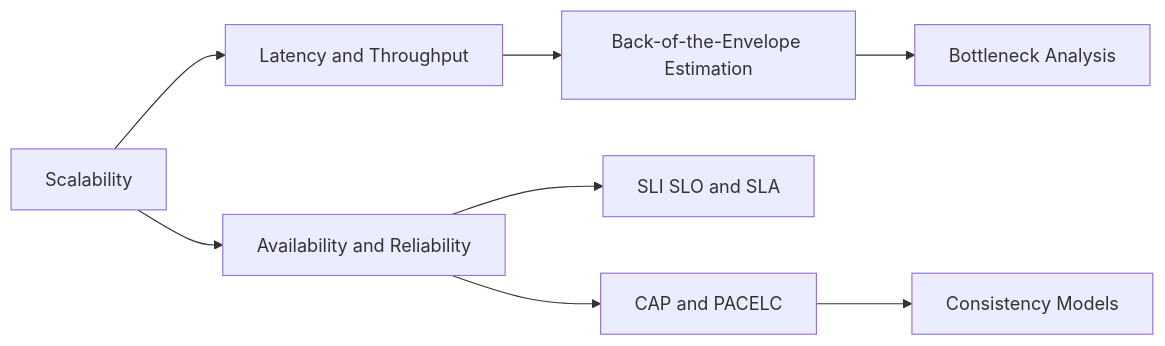
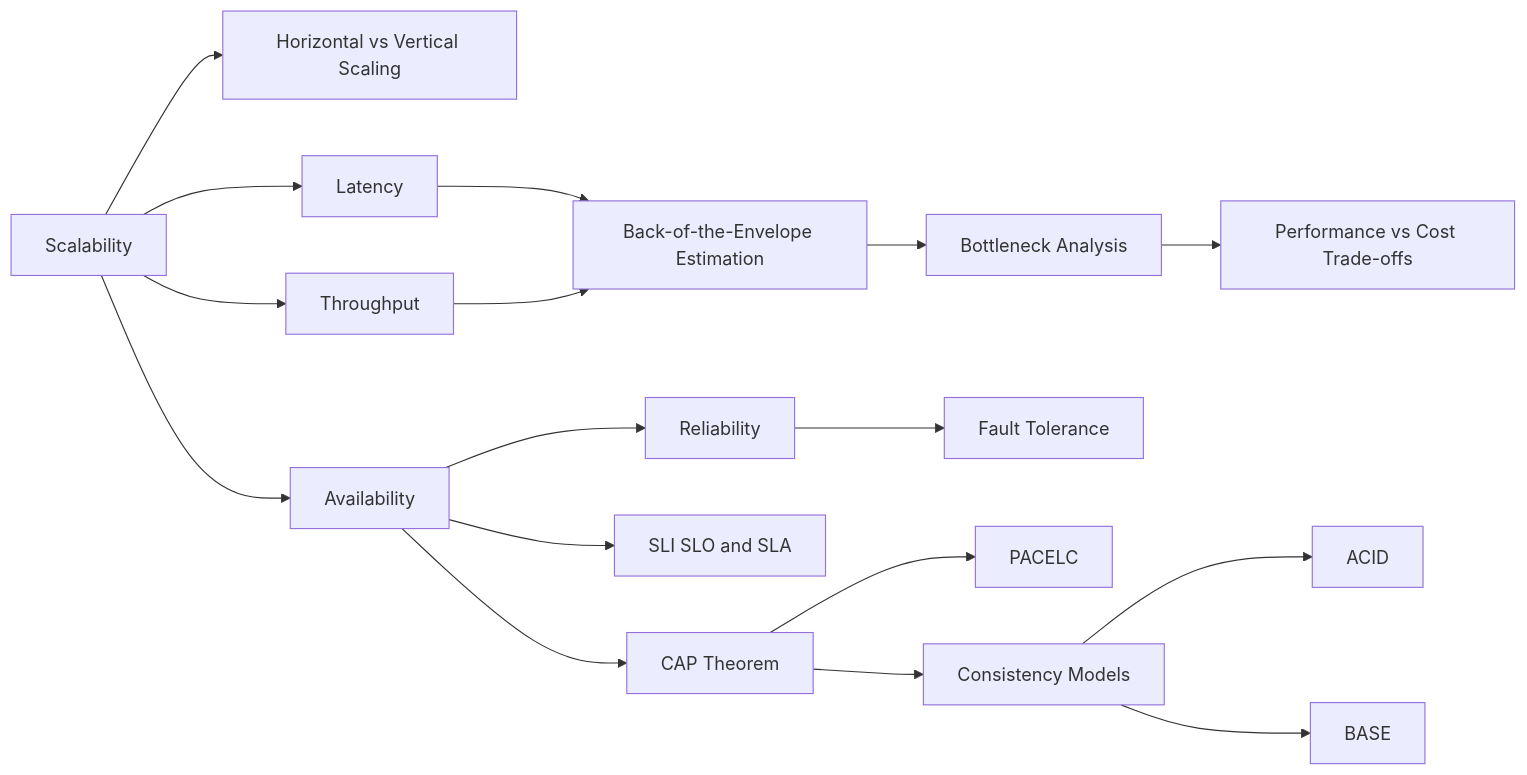
Before and after one commit to kunal-ladh/learn-system-design: the diagram in HLD/01 HLD & System Design/Fundamentals/Fundamentals MOC.md, drawn with Mermaid. The commit also changed other lines of this file and 195 other files, not shown here.

````diff
--- a/HLD/01 HLD & System Design/Fundamentals/Fundamentals MOC.md
+++ b/HLD/01 HLD & System Design/Fundamentals/Fundamentals MOC.md
@@ -23,10 +25,20 @@
 ```mermaid
 flowchart LR
-    A[Scalability] --> B[Latency and Throughput]
-    B --> C[Back-of-the-Envelope Estimation]
-    A --> D[Availability and Reliability]
-    D --> E[SLI SLO and SLA]
+    A[Scalability] --> HV[Horizontal vs Vertical Scaling]
+    A --> B1[Latency]
+    A --> B2[Throughput]
+    B1 --> C[Back-of-the-Envelope Estimation]
+    B2 --> C
     C --> F[Bottleneck Analysis]
-    D --> G[CAP and PACELC]
-    G --> H[Consistency Models]
+    F --> F2[Performance vs Cost Trade-offs]
+    A --> D1[Availability]
+    D1 --> D2[Reliability]
+    D2 --> D3[Fault Tolerance]
+    D1 --> E[SLI SLO and SLA]
+    D1 --> G1[CAP Theorem]
+    G1 --> G2[PACELC]
+    G1 --> H[Consistency Models]
+    H --> H2[ACID]
+    H --> H3[BASE]
+    class A,B1,B2,C,D1,D2,D3,E,F,F2,G1,G2,H,H2,H3,HV internal-link;
 ```
````
